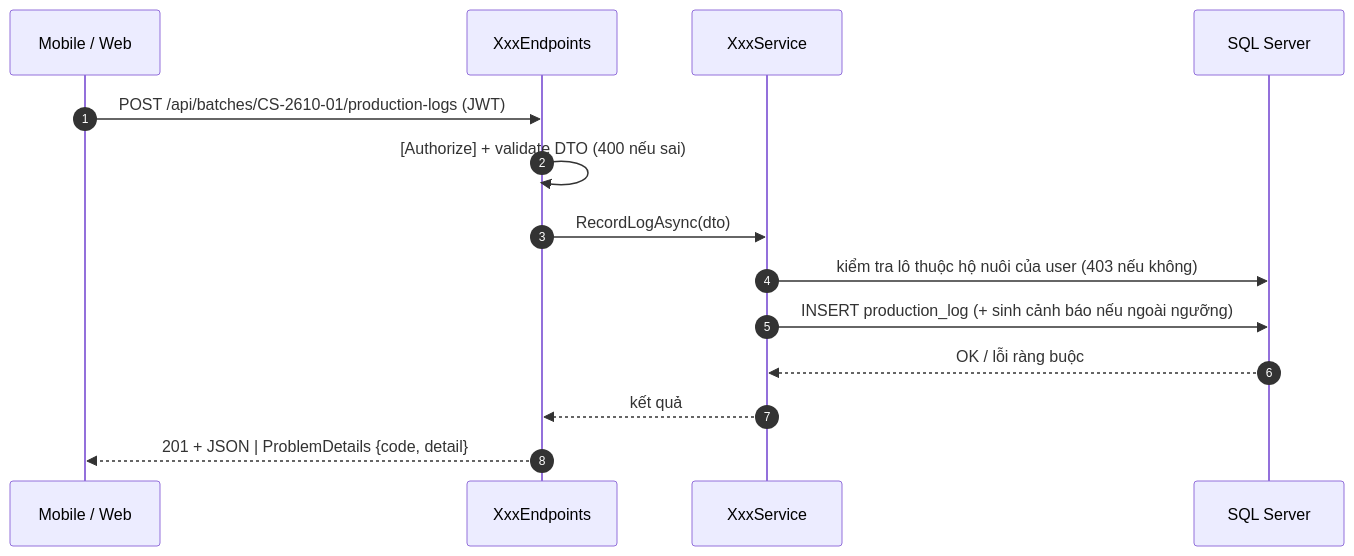
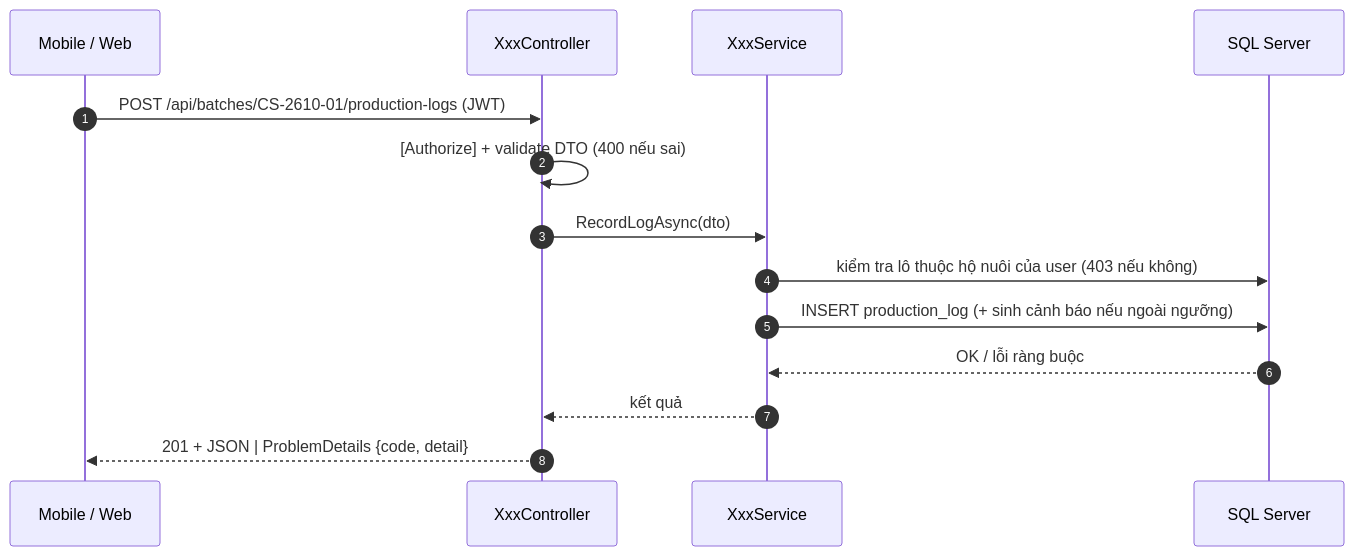
Before and after one commit to thienhoibai/crabshare: the third of 5 diagrams in docs/architecture.md, drawn with Mermaid. The commit also changed other lines of this file and 16 other files, not shown here.

````diff
--- a/docs/architecture.md
+++ b/docs/architecture.md
@@ -98,16 +98,16 @@
 ```mermaid
 sequenceDiagram
     autonumber
     participant App as Mobile / Web
-    participant EP as XxxEndpoints
+    participant EP as XxxController
     participant SV as XxxService
     participant DB as SQL Server
     App->>EP: POST /api/batches/CS-2610-01/production-logs (JWT)
     EP->>EP: [Authorize] + validate DTO (400 nếu sai)
     EP->>SV: RecordLogAsync(dto)
     SV->>DB: kiểm tra lô thuộc hộ nuôi của user (403 nếu không)
     SV->>DB: INSERT production_log (+ sinh cảnh báo nếu ngoài ngưỡng)
     DB-->>SV: OK / lỗi ràng buộc
     SV-->>EP: kết quả
     EP-->>App: 201 + JSON  |  ProblemDetails {code, detail}
 ```
````
